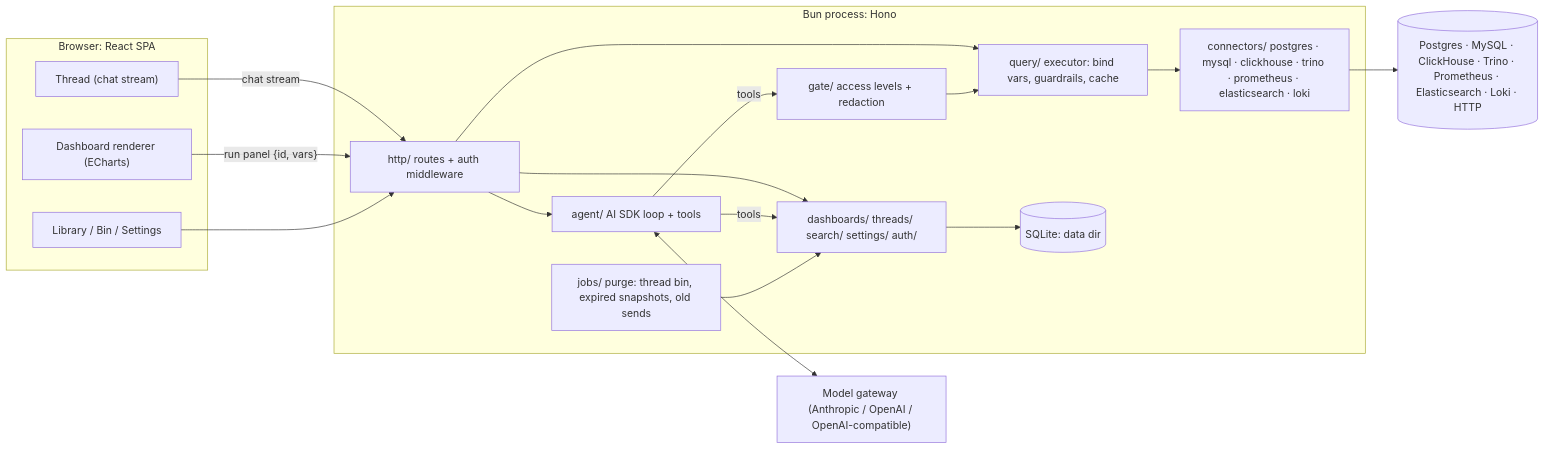
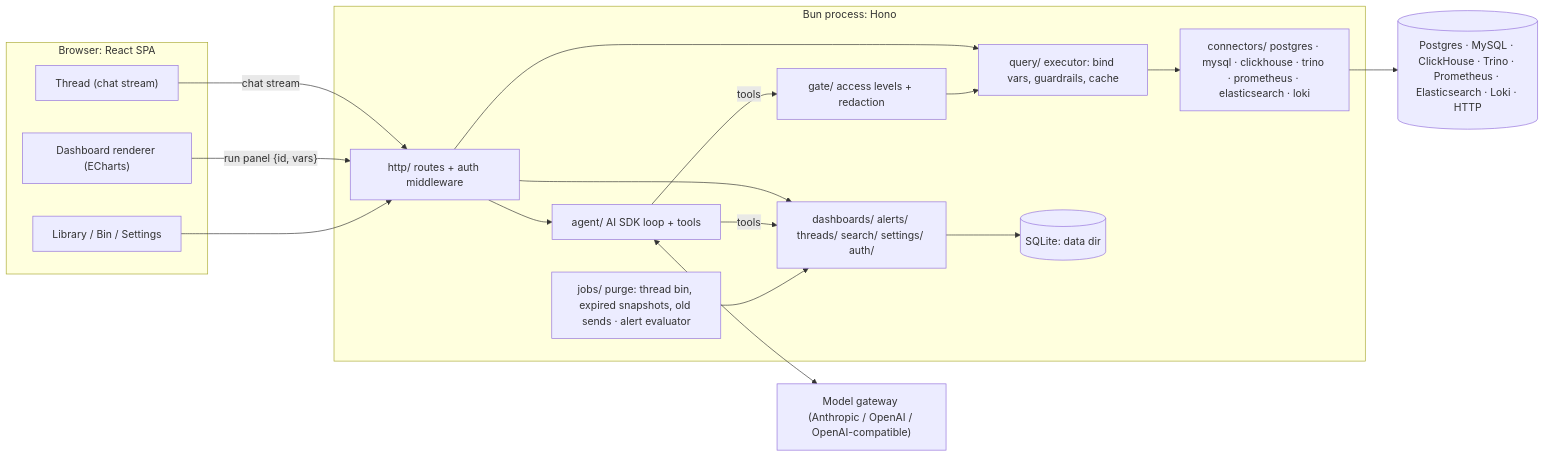
The first of 2 diagrams in docs/architecture.md (jboix/quanthea), drawn with Mermaid before and after one commit. The commit also changed other lines of this file and 43 other files, not shown here.

First line of the commit message:
feat(server): alerts with versions, an evaluator and replay

````diff
--- a/docs/architecture.md
+++ b/docs/architecture.md
@@ -13,37 +14,37 @@
 ```mermaid
 flowchart LR
   subgraph Browser["Browser: React SPA"]
     Thread["Thread (chat stream)"]
     Dash["Dashboard renderer (ECharts)"]
     Lib["Library / Bin / Settings"]
   end
 
   subgraph Server["Bun process: Hono"]
     HTTP["http/ routes + auth middleware"]
     Agent["agent/ AI SDK loop + tools"]
     Gate["gate/ access levels + redaction"]
     Query["query/ executor: bind vars, guardrails, cache"]
     Conn["connectors/ postgres · mysql · clickhouse · trino · prometheus · elasticsearch · loki"]
-    Dom["dashboards/ threads/ search/ settings/ auth/"]
+    Dom["dashboards/ alerts/ threads/ search/ settings/ auth/"]
     DB[("SQLite: data dir")]
-    Jobs["jobs/ purge: thread bin, expired snapshots, old sends"]
+    Jobs["jobs/ purge: thread bin, expired snapshots, old sends · alert evaluator"]
   end
 
   LLM["Model gateway (Anthropic / OpenAI / OpenAI-compatible)"]
   Sources[("Postgres · MySQL · ClickHouse · Trino · Prometheus · Elasticsearch · Loki · HTTP")]
 
   Thread -- "chat stream" --> HTTP
   Dash -- "run panel {id, vars}" --> HTTP
   Lib --> HTTP
   HTTP --> Agent
   HTTP --> Dom
   HTTP --> Query
   Agent -- tools --> Gate
   Agent -- tools --> Dom
   Agent <--> LLM
   Gate --> Query
   Query --> Conn
   Conn --> Sources
   Dom --> DB
   Jobs --> Dom
 ```
````
